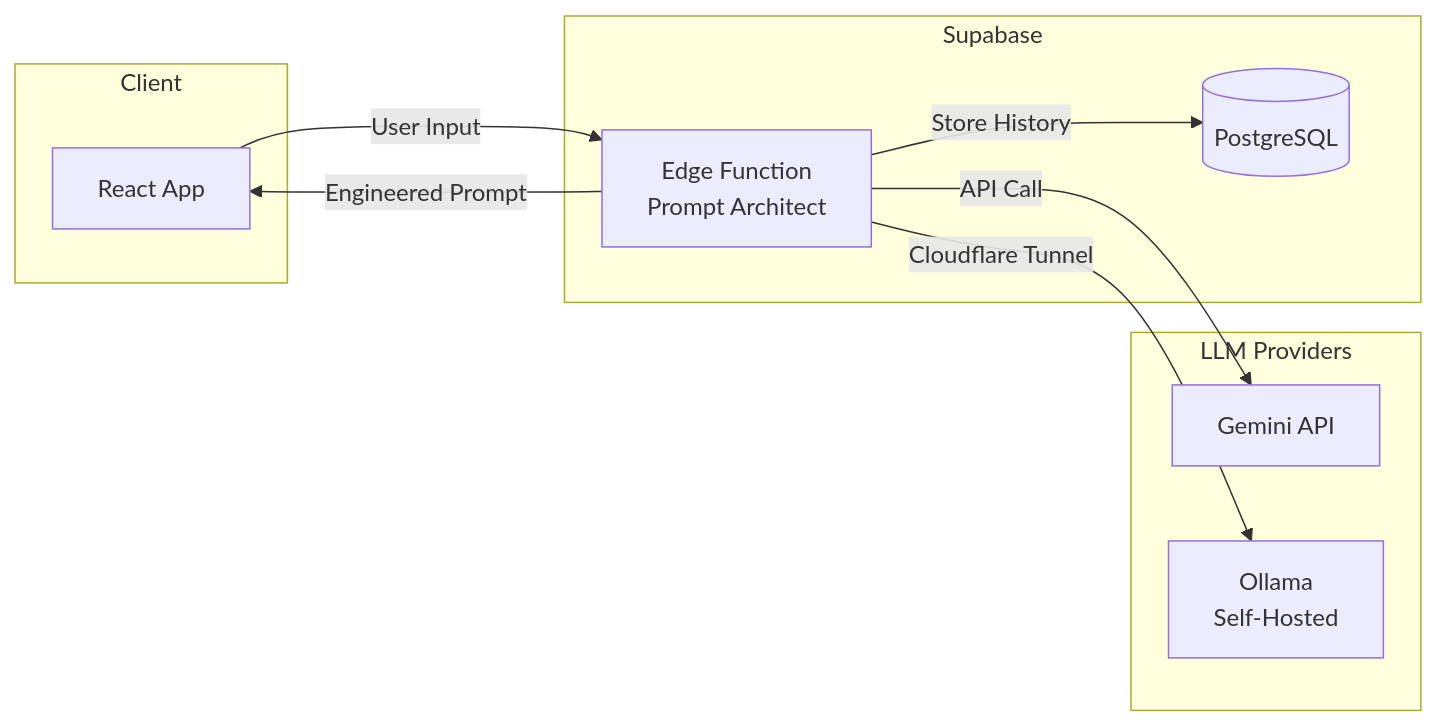
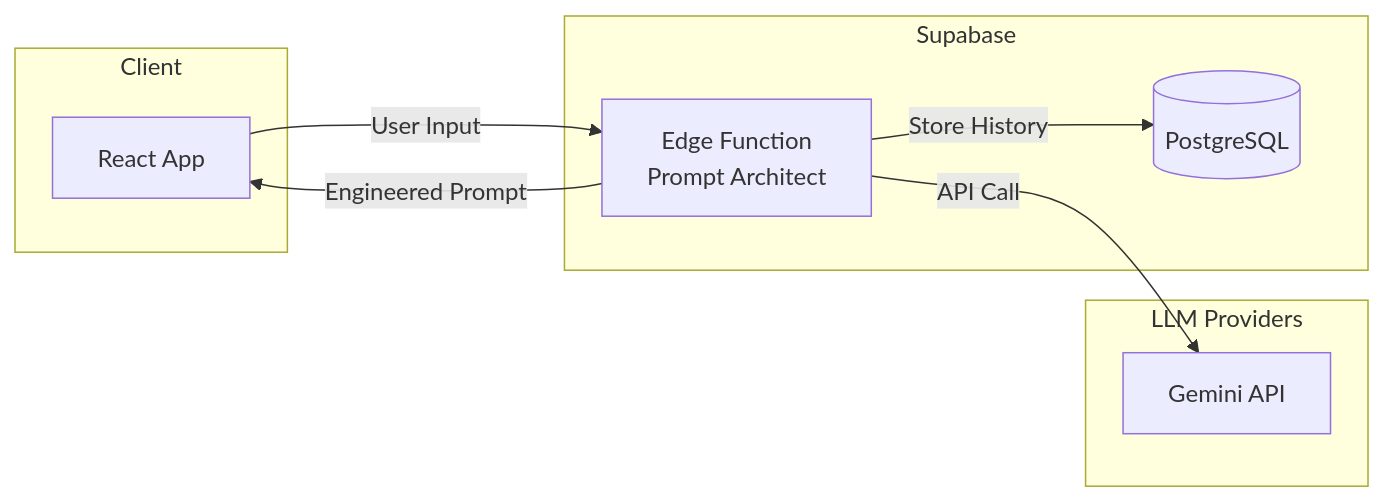
Before and after one commit to sf-bcca/PromptArchitect-Studio: the diagram in README.md, drawn with Mermaid. The commit also changed other lines of this file and 14 other files, not shown here.

Commit message:
feat(llm): remove support for self-hosted Ollama and migrate to Gemini-only architecture

````diff
--- a/README.md
+++ b/README.md
@@ -36,20 +36,18 @@
 ```mermaid
 flowchart LR
     subgraph Client
         A[React App]
     end
     subgraph Supabase
         B[Edge Function<br/>Prompt Architect]
         C[(PostgreSQL)]
     end
     subgraph LLM Providers
         D[Gemini API]
-        E[Ollama<br/>Self-Hosted]
     end
 
     A -->|User Input| B
     B -->|Store History| C
     B -->|API Call| D
-    B -->|Cloudflare Tunnel| E
     B -->|Engineered Prompt| A
 ```
````
